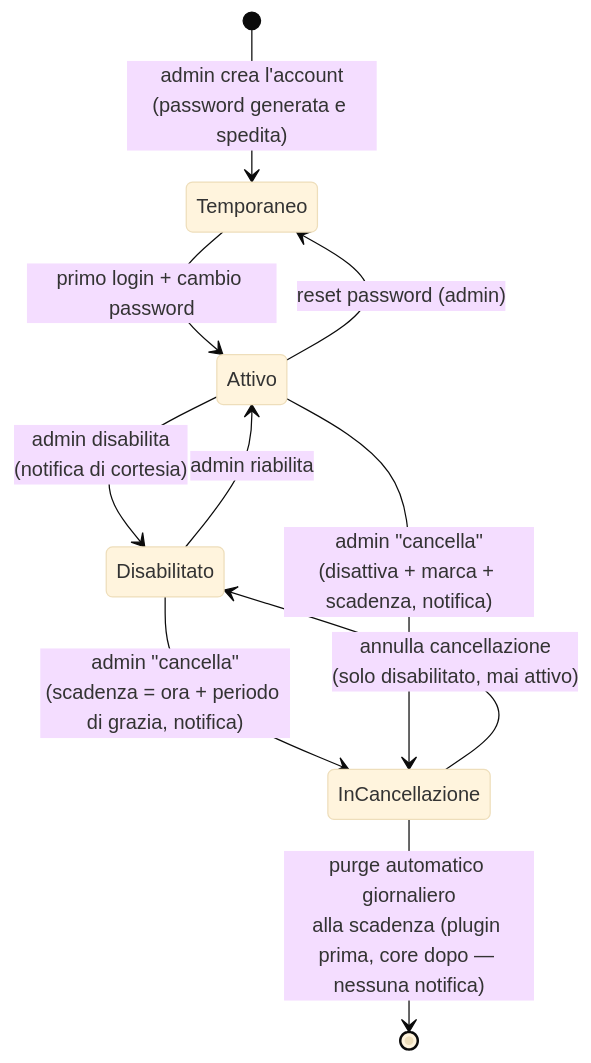
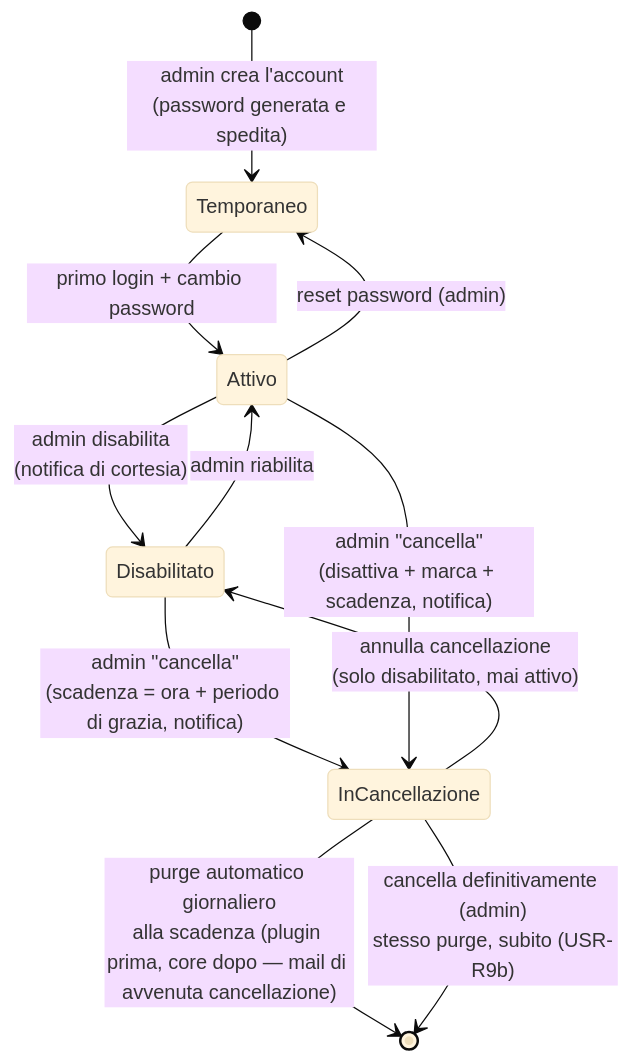
Before and after one commit to caporalesimone/watch-em-all: the diagram in docs-ita/3-features/admin/user-management.md, drawn with Mermaid (base theme). The commit also changed other lines of this file and 3 other files, not shown here.

````diff
--- a/docs-ita/3-features/admin/user-management.md
+++ b/docs-ita/3-features/admin/user-management.md
@@ -27,12 +29,13 @@
 ```mermaid
 stateDiagram-v2
     [*] --> Temporaneo: admin crea l'account<br/>(password generata e spedita)
     Temporaneo --> Attivo: primo login + cambio password
     Attivo --> Temporaneo: reset password (admin)
     Attivo --> Disabilitato: admin disabilita<br/>(notifica di cortesia)
     Disabilitato --> Attivo: admin riabilita
     Disabilitato --> InCancellazione: admin "cancella"<br/>(scadenza = ora + periodo di grazia, notifica)
     Attivo --> InCancellazione: admin "cancella"<br/>(disattiva + marca + scadenza, notifica)
     InCancellazione --> Disabilitato: annulla cancellazione<br/>(solo disabilitato, mai attivo)
-    InCancellazione --> [*]: purge automatico giornaliero<br/>alla scadenza (plugin prima, core dopo — nessuna notifica)
+    InCancellazione --> [*]: purge automatico giornaliero<br/>alla scadenza (plugin prima, core dopo — mail di avvenuta cancellazione)
+    InCancellazione --> [*]: cancella definitivamente (admin)<br/>stesso purge, subito (USR-R9b)
 ```
````
